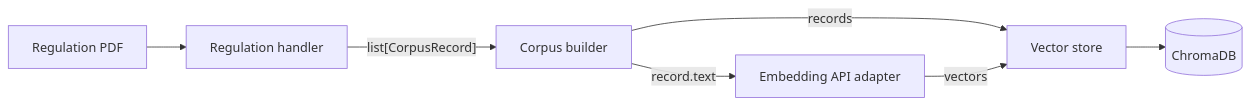
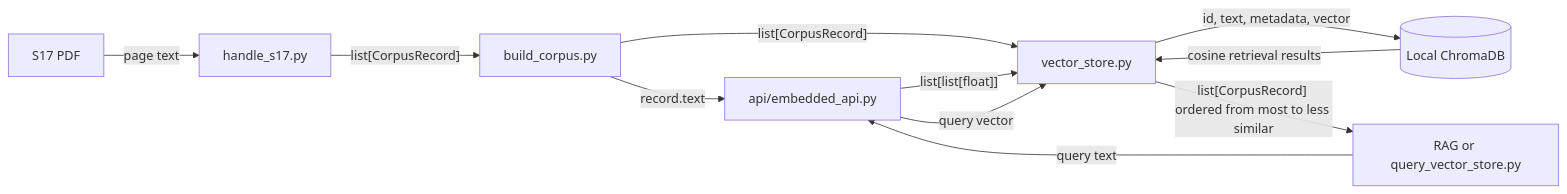
One commit to Bymtriax/AI-LLM-assisted-Security-Compliance-Review changed the second of 3 diagrams in docs/FRAMEWORK.md. Above: the diagram before and after it, drawn with Mermaid. The commit also changed other lines of this file, not shown here.

````diff
--- a/docs/FRAMEWORK.md
+++ b/docs/FRAMEWORK.md
@@ -51,9 +78,14 @@
 ```mermaid
 flowchart LR
-    pdf["Regulation PDF"] --> handler["Regulation handler"]
-    handler -->|"list[CorpusRecord]"| builder["Corpus builder"]
-    builder -->|"record.text"| embedding["Embedding API adapter"]
-    builder -->|"records"| store["Vector store"]
-    embedding -->|"vectors"| store
-    store --> database[("ChromaDB")]
+    pdf["S17 PDF"] -->|"page text"| handle["handle_s17.py"]
+    handle -->|"list[CorpusRecord]"| builder["build_corpus.py"]
+    builder -->|"record.text"| embedding["api/embedded_api.py"]
+    builder -->|"list[CorpusRecord]"| store["vector_store.py"]
+    embedding -->|"list[list[float]]"| store
+    store -->|"id, text, metadata, vector"| database[("Local ChromaDB")]
+
+    caller["RAG or query_vector_store.py"] -->|"query text"| embedding
+    embedding -->|"query vector"| store
+    database -->|"cosine retrieval results"| store
+    store -->|"list[CorpusRecord] ordered from most to less similar"| caller
 ```
````
